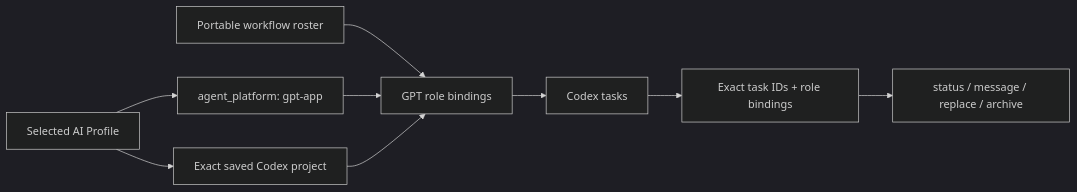
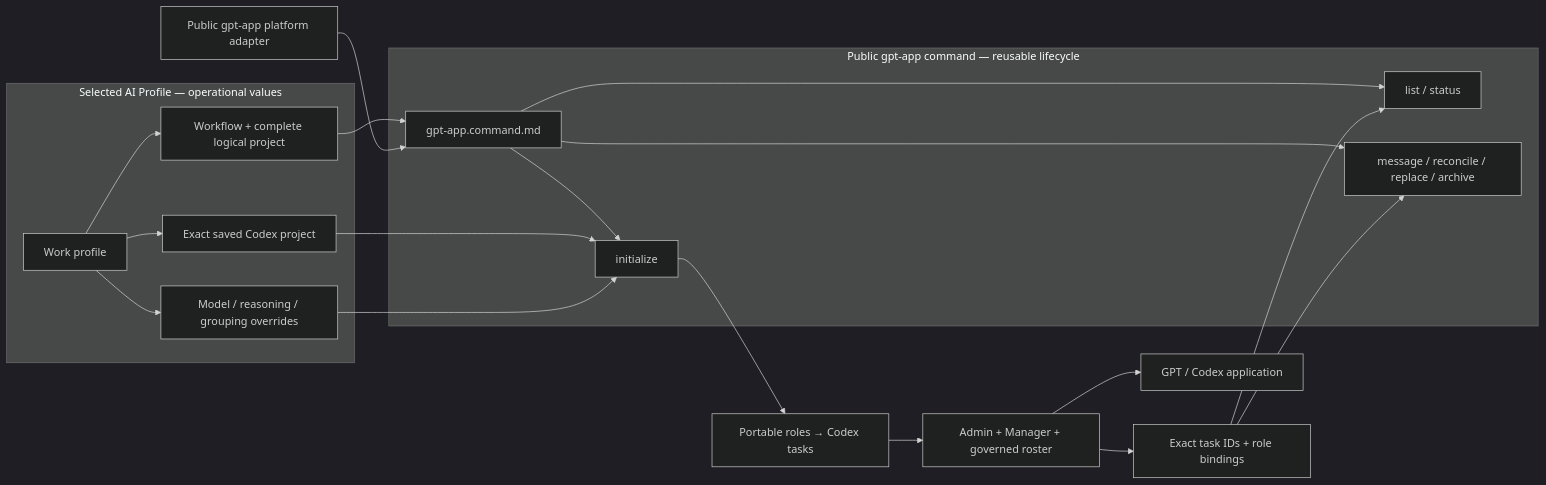
One commit to starodubtsevconsulting/ai-fleas changed the diagram in ai-commands/gpt-app/gpt-app.command.md. Above: the diagram before and after it, drawn with Mermaid (dark theme). The commit also changed other lines of this file and 20 other files, not shown here.

Commit message:
Align Hermes and GPT app lifecycle commands

````diff
--- a/ai-commands/gpt-app/gpt-app.command.md
+++ b/ai-commands/gpt-app/gpt-app.command.md
@@ -9,11 +9,29 @@
 ```mermaid
 flowchart LR
-  Profile["Selected AI Profile"] --> Platform["agent_platform: gpt-app"]
-  Profile --> Project["Exact saved Codex project"]
-  Workflow["Portable workflow roster"] --> Mapping["GPT role bindings"]
-  Platform --> Mapping
-  Project --> Mapping
-  Mapping --> Tasks["Codex tasks"]
+  subgraph PrivateProfile["Selected AI Profile — operational values"]
+    Profile["Work profile"] --> Workflow["Workflow + complete logical project"]
+    Profile --> Project["Exact saved Codex project"]
+    Profile --> Overrides["Model / reasoning / grouping overrides"]
+  end
+
+  subgraph PublicCommand["Public gpt-app command — reusable lifecycle"]
+    Contract["gpt-app.command.md"]
+    Initialize["initialize"]
+    Inspect["list / status"]
+    Operate["message / reconcile / replace / archive"]
+    Contract --> Initialize
+    Contract --> Inspect
+    Contract --> Operate
+  end
+
+  Workflow --> Contract
+  Adapter["Public gpt-app platform adapter"] --> Contract
+  Project --> Initialize
+  Overrides --> Initialize
+  Initialize --> Mapping["Portable roles → Codex tasks"]
+  Mapping --> Tasks["Admin + Manager + governed roster"]
   Tasks --> Receipts["Exact task IDs + role bindings"]
-  Receipts --> Lifecycle["status / message / replace / archive"]
+  Receipts --> Inspect
+  Receipts --> Operate
+  Tasks --> App["GPT / Codex application"]
 ```
````
